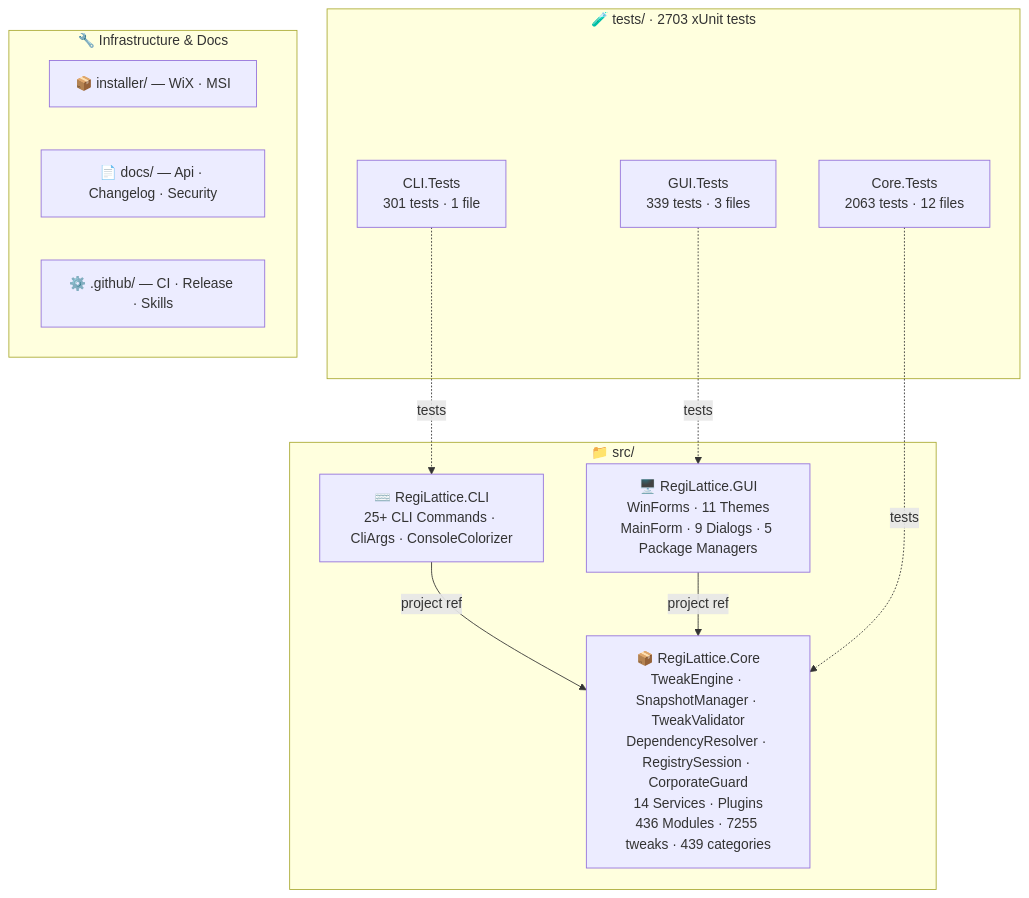
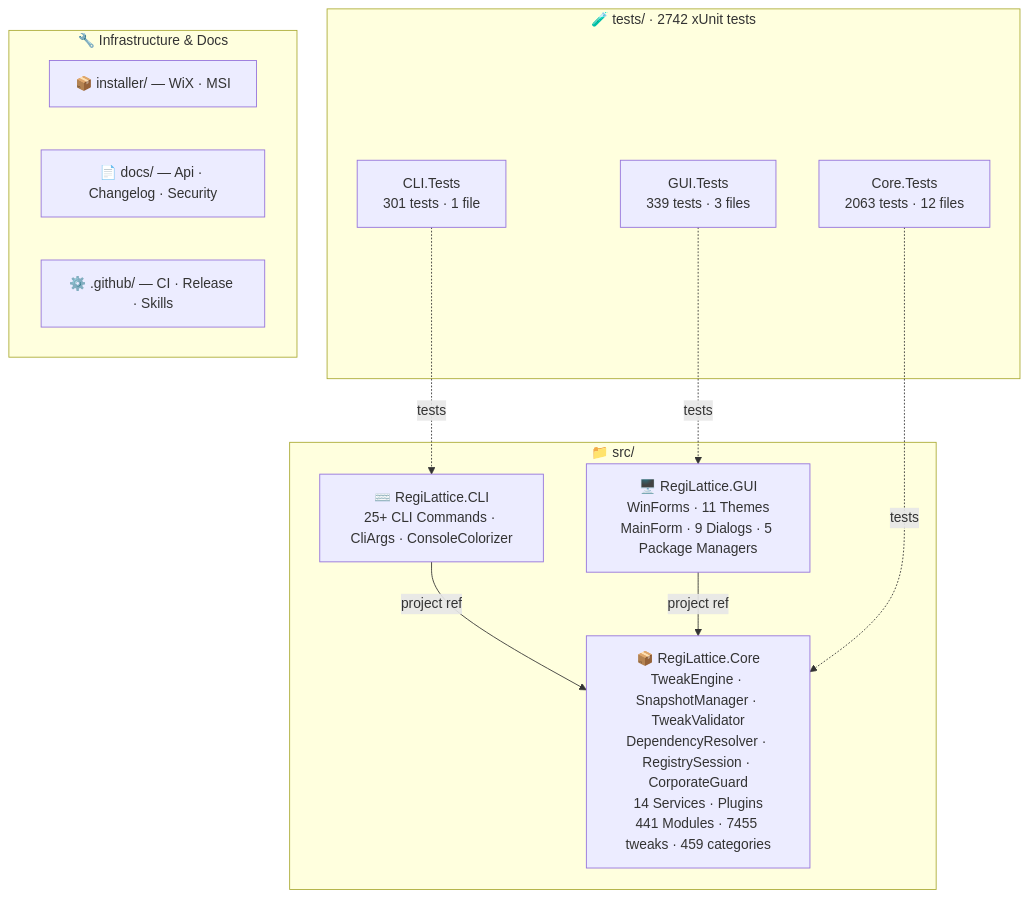
One commit to RajwanYair/RegiLattice changed the second of 2 diagrams in README.md. Above: the diagram before and after it, drawn with Mermaid. The commit also changed other lines of this file and 11 other files, not shown here.

````diff
--- a/README.md
+++ b/README.md
@@ -255,26 +255,26 @@
 ```mermaid
 graph TD
     subgraph SRC["📁 src/"]
-        CORE["📦 RegiLattice.Core<br/>TweakEngine · SnapshotManager · TweakValidator<br/>DependencyResolver · RegistrySession · CorporateGuard<br/>14 Services · Plugins<br/>436 Modules · 7255 tweaks · 439 categories"]
+        CORE["📦 RegiLattice.Core<br/>TweakEngine · SnapshotManager · TweakValidator<br/>DependencyResolver · RegistrySession · CorporateGuard<br/>14 Services · Plugins<br/>441 Modules · 7455 tweaks · 459 categories"]
         GUI["🖥️ RegiLattice.GUI<br/>WinForms · 11 Themes<br/>MainForm · 9 Dialogs · 5 Package Managers"]
         CLI["⌨️ RegiLattice.CLI<br/>25+ CLI Commands · CliArgs · ConsoleColorizer"]
     end
 
-    subgraph TST["🧪 tests/  ·  2703 xUnit tests"]
+    subgraph TST["🧪 tests/  ·  2742 xUnit tests"]
         CT["Core.Tests<br/>2063 tests · 12 files"]
         CLT["CLI.Tests<br/>301 tests · 1 file"]
         GT["GUI.Tests<br/>339 tests · 3 files"]
     end
 
     subgraph INFRA["🔧 Infrastructure & Docs"]
         INST["📦 installer/ — WiX · MSI"]
         DOCS["📄 docs/ — Api · Changelog · Security"]
         GH["⚙️ .github/ — CI · Release · Skills"]
     end
 
     CLI -->|project ref| CORE
     GUI -->|project ref| CORE
     CT -.->|tests| CORE
     CLT -.->|tests| CLI
     GT -.->|tests| GUI
 ```
````
